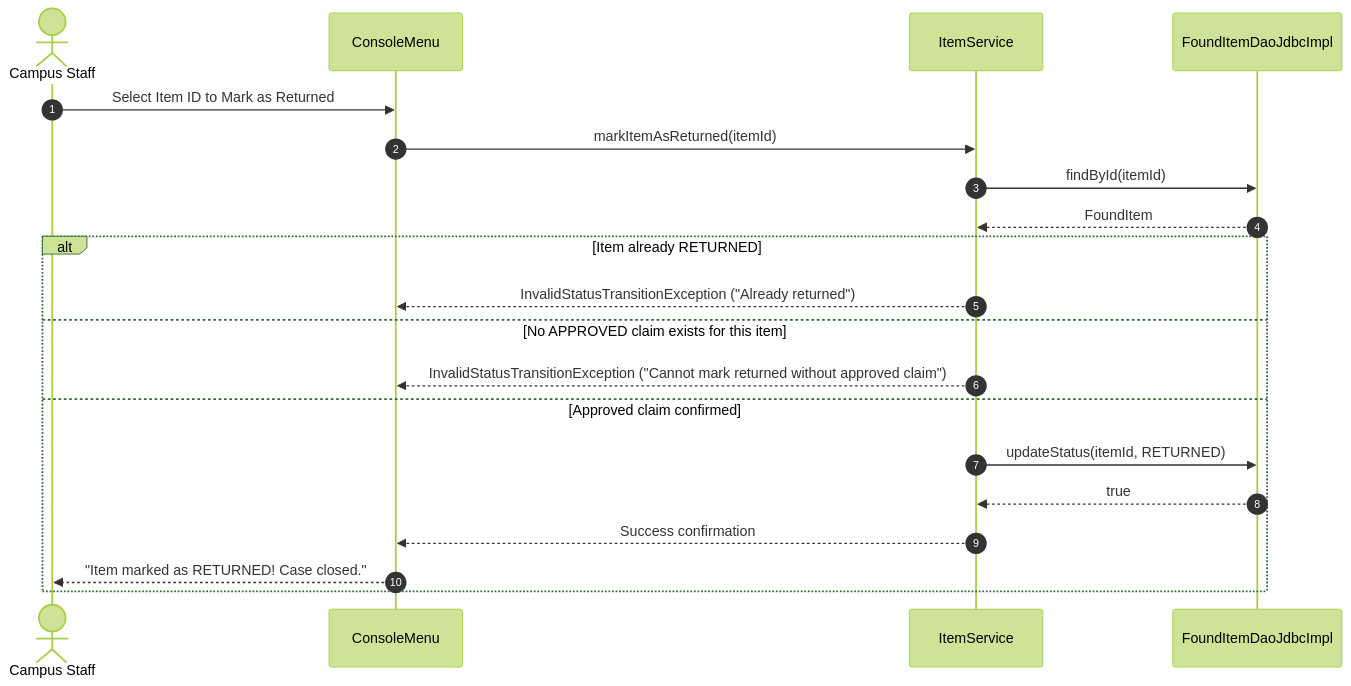
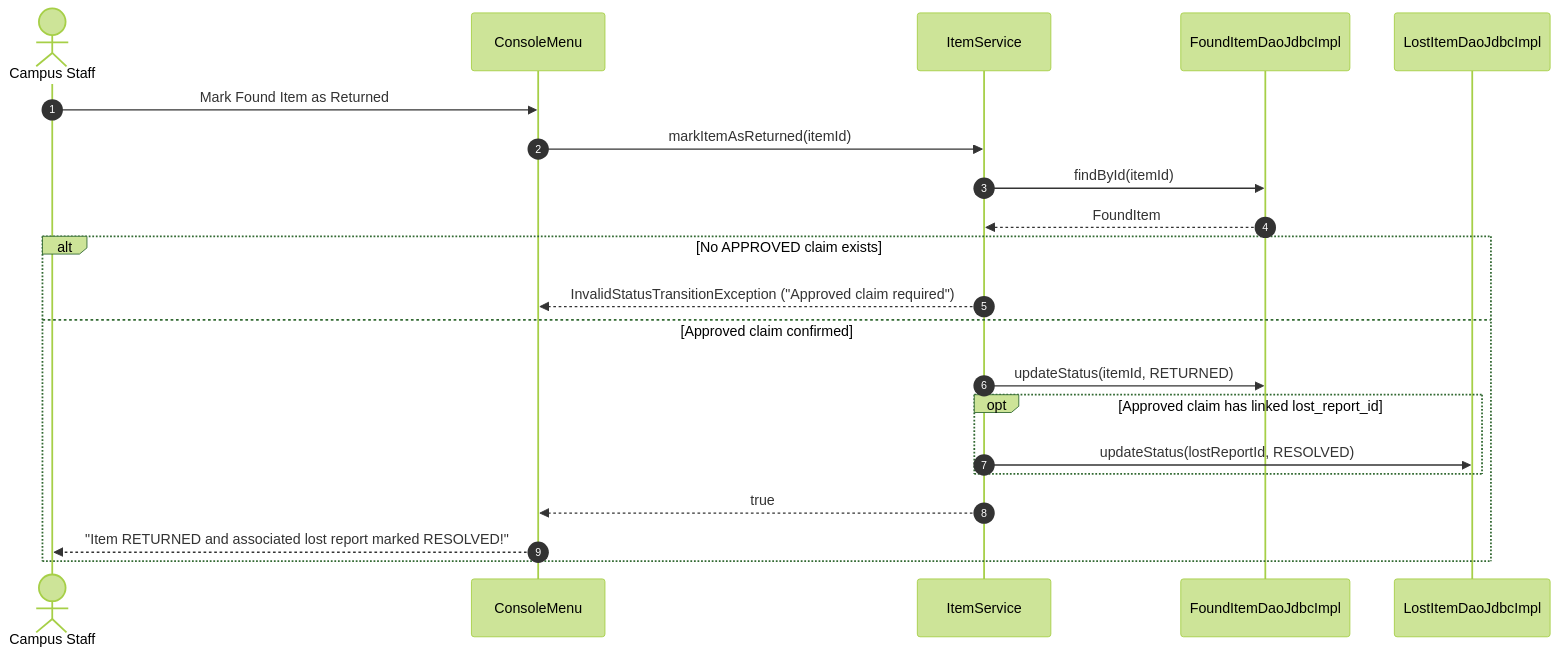
Before and after one commit to 789deepa/campusFind: the third of 3 diagrams in docs/ARCHITECTURE.md, drawn with Mermaid (forest theme). The commit also changed other lines of this file and 33 other files, not shown here.

Commit message:
Add lost item reporting and matching

````diff
--- a/docs/ARCHITECTURE.md
+++ b/docs/ARCHITECTURE.md
@@ -146,23 +148,24 @@
 ```mermaid
 sequenceDiagram
     autonumber
     actor Staff as Campus Staff
     participant UI as ConsoleMenu
     participant Svc as ItemService
-    participant DAO as FoundItemDaoJdbcImpl
+    participant FoundDAO as FoundItemDaoJdbcImpl
+    participant LostDAO as LostItemDaoJdbcImpl
 
-    Staff->>UI: Select Item ID to Mark as Returned
+    Staff->>UI: Mark Found Item as Returned
     UI->>Svc: markItemAsReturned(itemId)
-    Svc->>DAO: findById(itemId)
-    DAO-->>Svc: FoundItem
-    alt Item already RETURNED
-        Svc-->>UI: InvalidStatusTransitionException ("Already returned")
-    else No APPROVED claim exists for this item
-        Svc-->>UI: InvalidStatusTransitionException ("Cannot mark returned without approved claim")
+    Svc->>FoundDAO: findById(itemId)
+    FoundDAO-->>Svc: FoundItem
+    alt No APPROVED claim exists
+        Svc-->>UI: InvalidStatusTransitionException ("Approved claim required")
     else Approved claim confirmed
-        Svc->>DAO: updateStatus(itemId, RETURNED)
-        DAO-->>Svc: true
-        Svc-->>UI: Success confirmation
-        UI-->>Staff: "Item marked as RETURNED! Case closed."
+        Svc->>FoundDAO: updateStatus(itemId, RETURNED)
+        opt Approved claim has linked lost_report_id
+            Svc->>LostDAO: updateStatus(lostReportId, RESOLVED)
+        end
+        Svc-->>UI: true
+        UI-->>Staff: "Item RETURNED and associated lost report marked RESOLVED!"
     end
 ```
````
